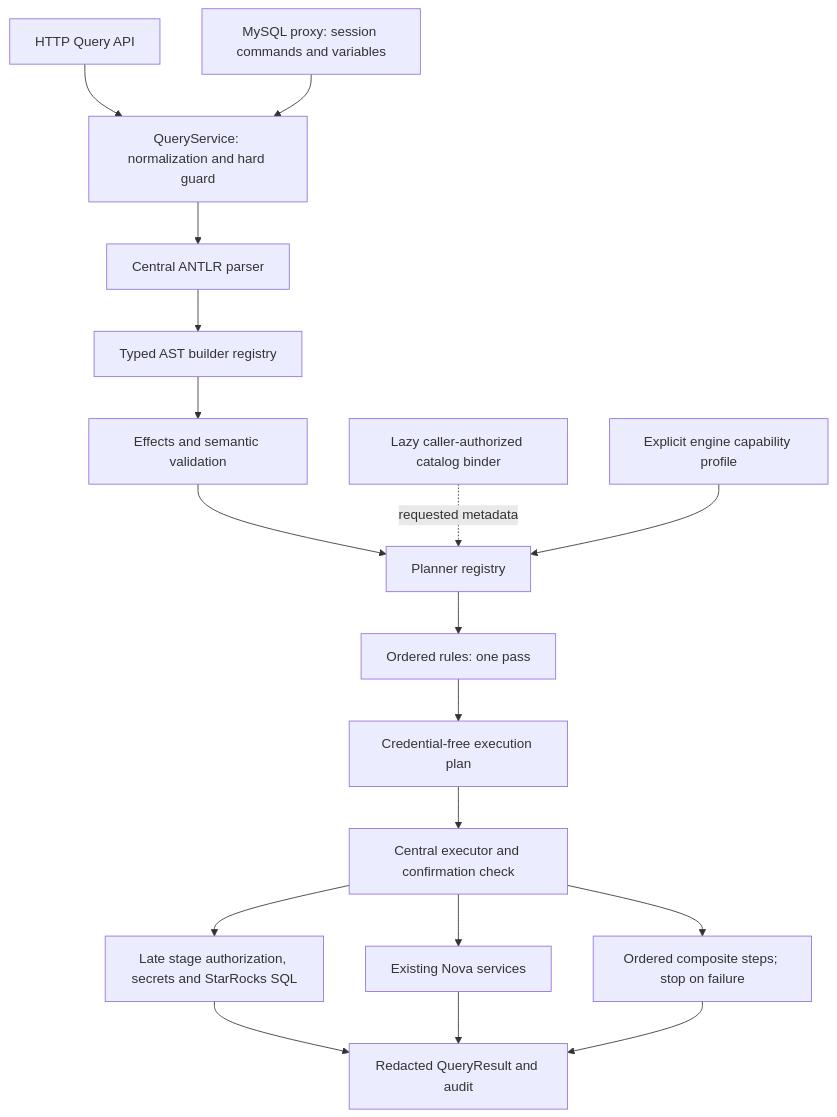
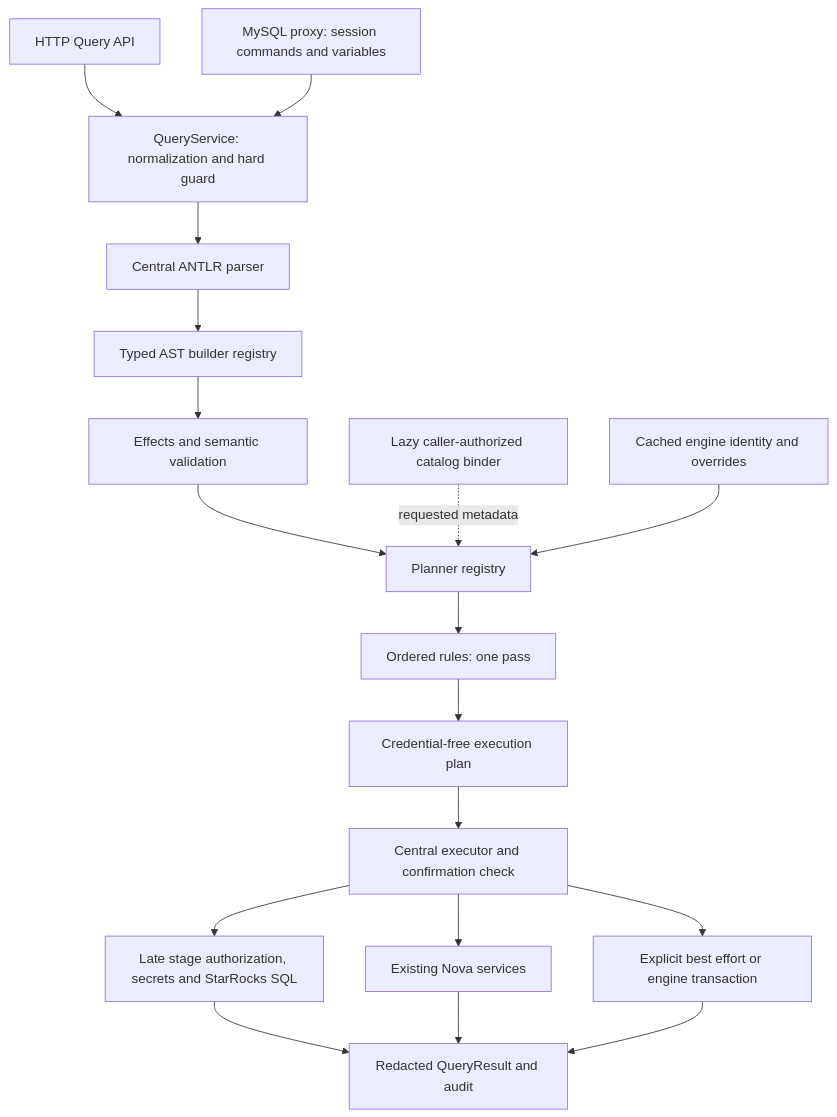
Before and after one commit to dwickyfp/nova: the diagram in docs/arch-13-sql-frontend.md, drawn with Mermaid. The commit also changed other lines of this file and 58 other files, not shown here.

````diff
--- a/docs/arch-13-sql-frontend.md
+++ b/docs/arch-13-sql-frontend.md
@@ -7,20 +7,20 @@
 ```mermaid
 flowchart TD
     HTTP[HTTP Query API] --> Lifecycle[QueryService: normalization and hard guard]
     Proxy[MySQL proxy: session commands and variables] --> Lifecycle
     Lifecycle --> Parser[Central ANTLR parser]
     Parser --> AST[Typed AST builder registry]
     AST --> Analysis[Effects and semantic validation]
     Analysis --> Planner[Planner registry]
     Binder[Lazy caller-authorized catalog binder] -. requested metadata .-> Planner
-    Capabilities[Explicit engine capability profile] --> Planner
+    Capabilities[Cached engine identity and overrides] --> Planner
     Planner --> Rules[Ordered rules: one pass]
     Rules --> Plan[Credential-free execution plan]
     Plan --> Executor[Central executor and confirmation check]
     Executor --> Engine[Late stage authorization, secrets and StarRocks SQL]
     Executor --> Service[Existing Nova services]
-    Executor --> Composite[Ordered composite steps; stop on failure]
+    Executor --> Composite[Explicit best effort or engine transaction]
     Engine --> Result[Redacted QueryResult and audit]
     Service --> Result
     Composite --> Result
 ```
````
